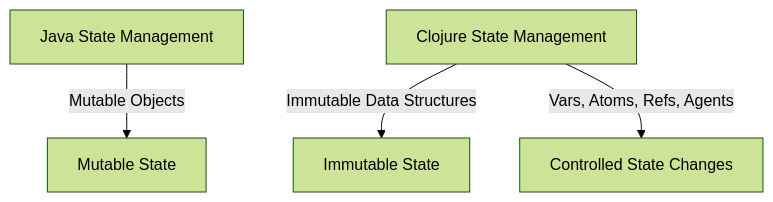
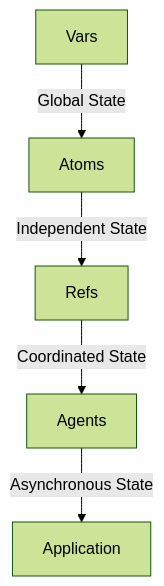
One commit to MasteryEducation/ClojureForJava.com changed the diagram in content/3/3/3/index.md. Above: the diagram before and after it, drawn with Mermaid (forest theme). The commit also changed other lines of this file and 74 other files, not shown here.

````diff
--- a/content/3/3/3/index.md
+++ b/content/3/3/3/index.md
@@ -181,6 +145,7 @@
 ```mermaid
 graph TD;
-    Java[Java State Management] -->|Mutable Objects| Mutable[Mutable State]
-    Clojure[Clojure State Management] -->|Immutable Data Structures| Immutable[Immutable State]
-    Clojure -->|Vars, Atoms, Refs, Agents| Controlled[Controlled State Changes]
+    A[Vars] -->|Global State| B[Atoms];
+    B -->|Independent State| C[Refs];
+    C -->|Coordinated State| D[Agents];
+    D -->|Asynchronous State| E[Application];
 ```
````
